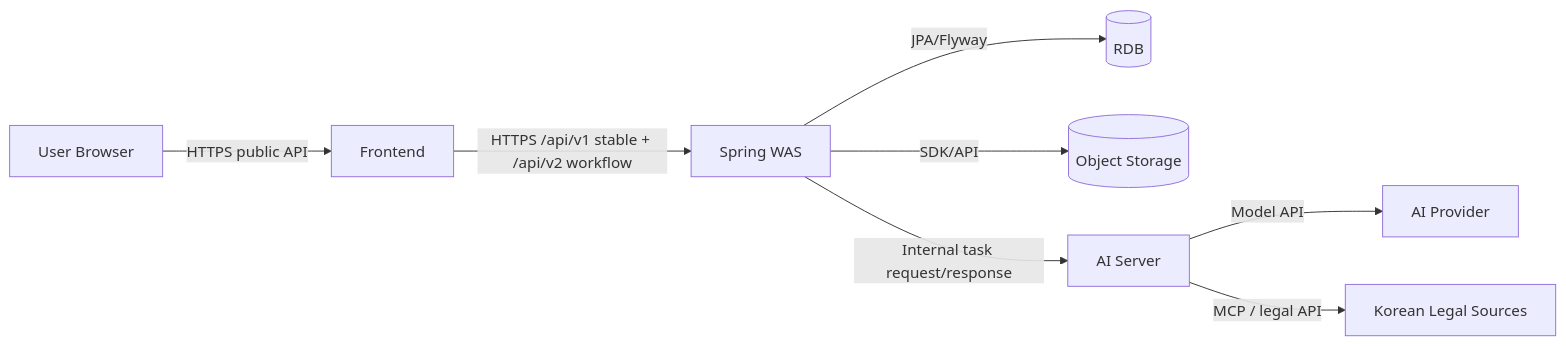
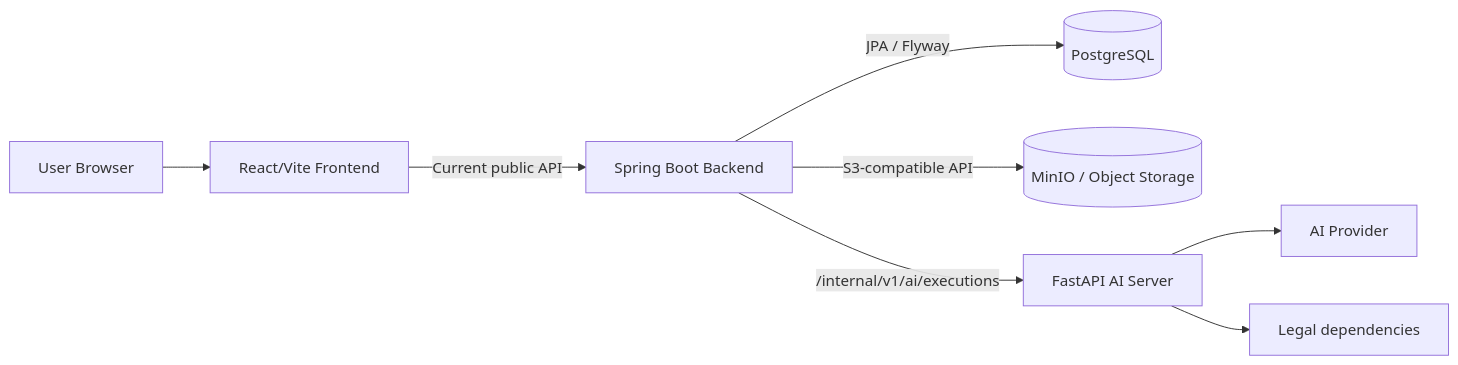
One commit to chamgo260210/bp_new_2 changed the diagram in docs/architecture/SYSTEM_ARCHITECTURE.md. Above: the diagram before and after it, drawn with Mermaid. The commit also changed other lines of this file and 120 other files, not shown here.

````diff
--- a/docs/architecture/SYSTEM_ARCHITECTURE.md
+++ b/docs/architecture/SYSTEM_ARCHITECTURE.md
@@ -13,10 +9,10 @@
 ```mermaid
 flowchart LR
-    U["User Browser"] -->|HTTPS public API| F["Frontend"]
-    F -->|HTTPS /api/v1 stable + /api/v2 workflow| S["Spring WAS"]
-    S -->|JPA/Flyway| D[("RDB")]
-    S -->|SDK/API| O[("Object Storage")]
-    S -->|Internal task request/response| A["AI Server"]
-    A -->|Model API| M["AI Provider"]
-    A -->|MCP / legal API| L["Korean Legal Sources"]
+    U["User Browser"] --> F["React/Vite Frontend"]
+    F -->|"Current public API"| S["Spring Boot Backend"]
+    S -->|"JPA / Flyway"| D[("PostgreSQL")]
+    S -->|"S3-compatible API"| O[("MinIO / Object Storage")]
+    S -->|"/internal/v1/ai/executions"| A["FastAPI AI Server"]
+    A --> M["AI Provider"]
+    A --> L["Legal dependencies"]
 ```
````
